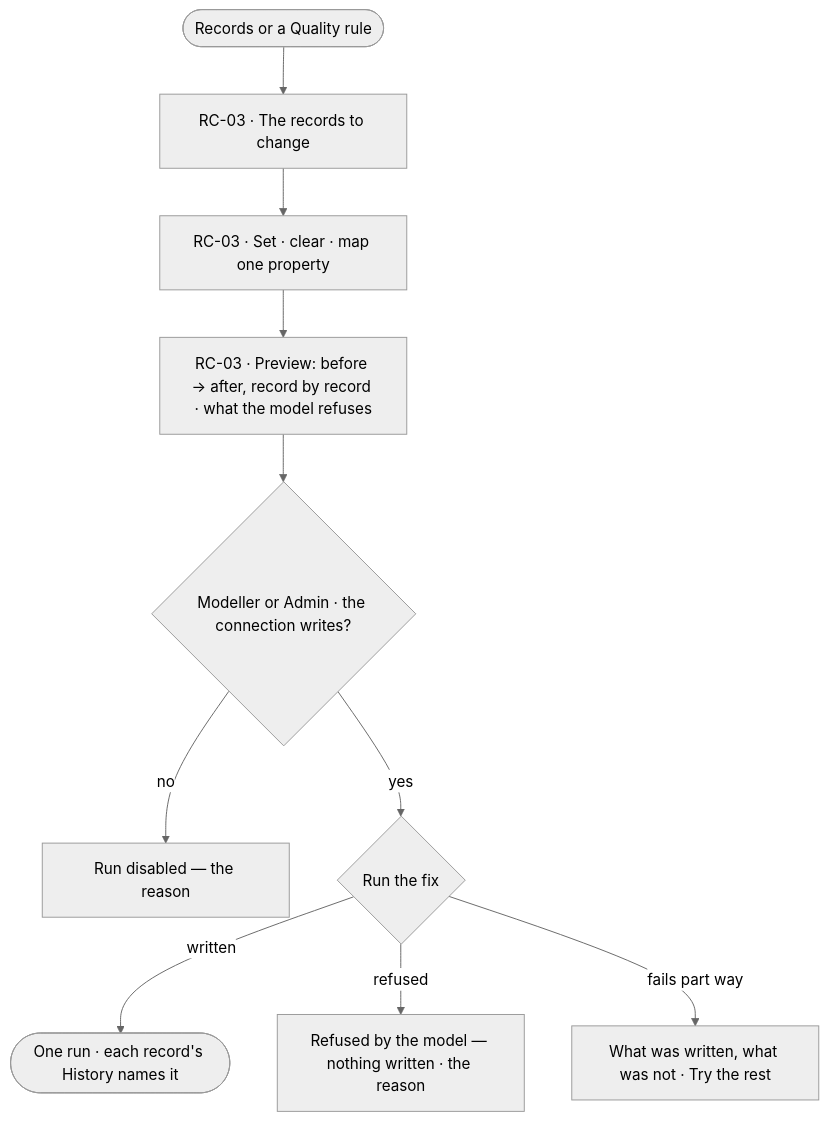
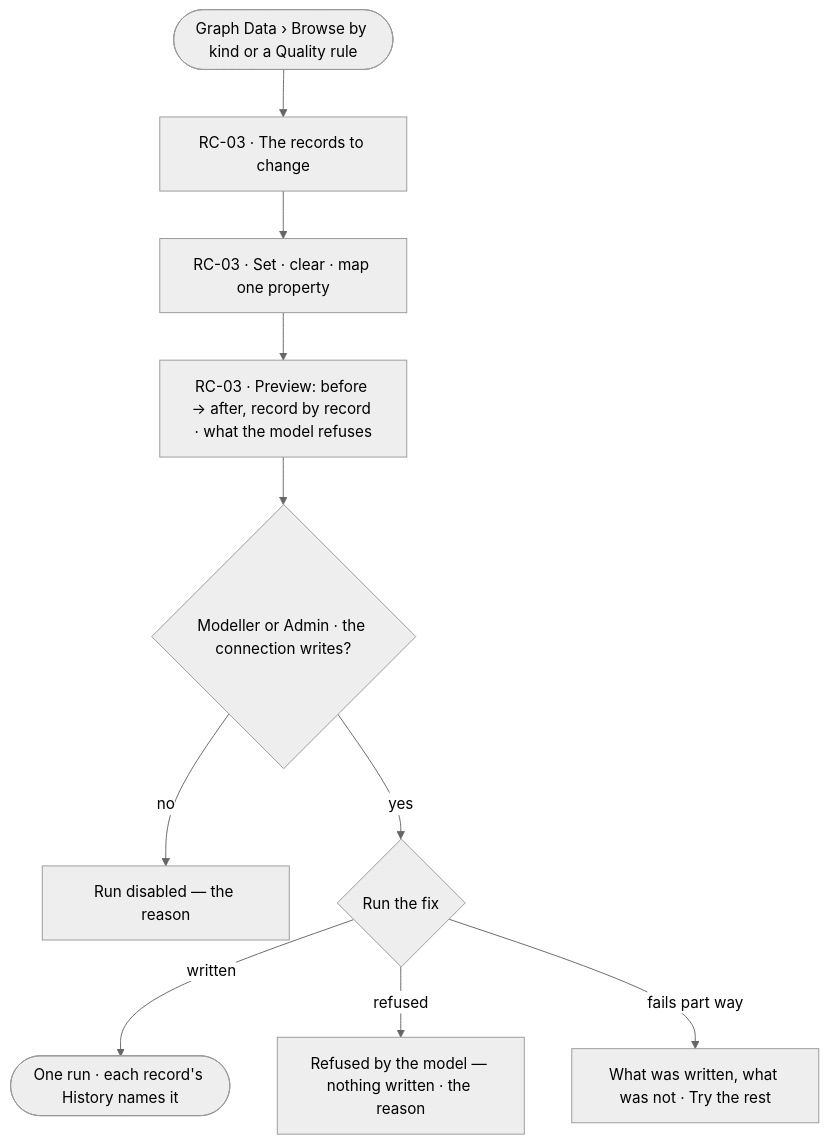
The diagram in specs/capabilities/records/features/RC-F04-bulk-fixes/feature.md (invana/invana), drawn with Mermaid (neutral theme) before and after one commit. The commit also changed other lines of this file and 133 other files, not shown here.

````diff
--- a/specs/capabilities/records/features/RC-F04-bulk-fixes/feature.md
+++ b/specs/capabilities/records/features/RC-F04-bulk-fixes/feature.md
@@ -21,12 +21,12 @@
 ```mermaid
 flowchart TD
-  start([Records or a Quality rule]) --> sel["RC-03 · The records to change"]
+  start([Graph Data › Browse by kind or a Quality rule]) --> sel["RC-03 · The records to change"]
   sel --> ch["RC-03 · Set · clear · map one property"]
   ch --> pv["RC-03 · Preview: before → after, record by record · what the model refuses"]
   pv --> g{Modeller or Admin · the connection writes?}
   g -->|no| na["Run disabled — the reason"]
   g -->|yes| run{"Run the fix"}
   run -->|written| done(["One run · each record's History names it"])
   run -->|refused| rf["Refused by the model — nothing written · the reason"]
   run -->|fails part way| pf["What was written, what was not · Try the rest"]
 ```
````
